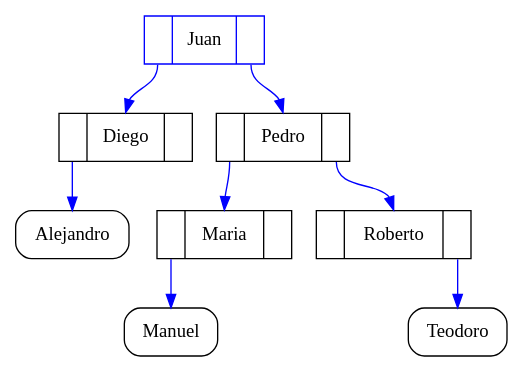
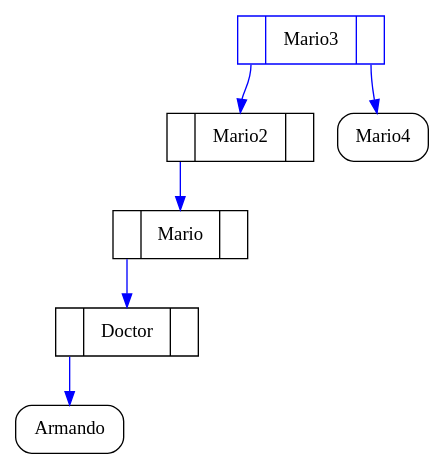
The diagram in DOT-Images/ABB.dot (LuisRivera96/Proyecto1_EDD_USAC), drawn with Graphviz before and after one commit. The commit also changed 19 other files, not shown here.

```diff
--- a/DOT-Images/ABB.dot
+++ b/DOT-Images/ABB.dot
@@ -1,17 +1,14 @@
 digraph ABB{
 compound=true;
 node[shape="Mrecord"];
-Juan:fJuan[id=Juan, color="blue"]; 
-Juan[label=" <NJuanI>  | <fJuan> Juan\n | <fJuanD> " shape="record"];
-"Juan" : NJuanI ->  Diego:fDiego[id=Diego, color="blue"]; 
-Diego[label=" <NDiegoI>  | <fDiego> Diego\n | <fDiegoD> " shape="record"];
-"Diego" : NDiegoI ->  Alejandro:fAlejandro[id=Alejandro, color="blue" shape="rectangle"]; 
-"Juan" : fJuanD ->  Pedro:fPedro[id=Pedro, color="blue"]; 
-Pedro[label=" <NPedroI>  | <fPedro> Pedro\n | <fPedroD> " shape="record"];
-"Pedro" : NPedroI ->  Maria:fMaria[id=Maria, color="blue"]; 
-Maria[label=" <NMariaI>  | <fMaria> Maria\n | <fMariaD> " shape="record"];
-"Maria" : NMariaI ->  Manuel:fManuel[id=Manuel, color="blue" shape="rectangle"]; 
-"Pedro" : fPedroD ->  Roberto:fRoberto[id=Roberto, color="blue"]; 
-Roberto[label=" <NRobertoI>  | <fRoberto> Roberto\n | <fRobertoD> " shape="record"];
-"Roberto" : fRobertoD ->  Teodoro:fTeodoro[id=Teodoro, color="blue" shape="rectangle"]; 
+Mario3:fMario3[id=Mario3, color="blue"]; 
+Mario3[label=" <NMario3I>  | <fMario3> Mario3\n | <fMario3D> " shape="record"];
+"Mario3" : NMario3I ->  Mario2:fMario2[id=Mario2, color="blue"]; 
+Mario2[label=" <NMario2I>  | <fMario2> Mario2\n | <fMario2D> " shape="record"];
+"Mario2" : NMario2I ->  Mario:fMario[id=Mario, color="blue"]; 
+Mario[label=" <NMarioI>  | <fMario> Mario\n | <fMarioD> " shape="record"];
+"Mario" : NMarioI ->  Doctor:fDoctor[id=Doctor, color="blue"]; 
+Doctor[label=" <NDoctorI>  | <fDoctor> Doctor\n | <fDoctorD> " shape="record"];
+"Doctor" : NDoctorI ->  Armando:fArmando[id=Armando, color="blue" shape="rectangle"]; 
+"Mario3" : fMario3D ->  Mario4:fMario4[id=Mario4, color="blue" shape="rectangle"]; 
 }
```
